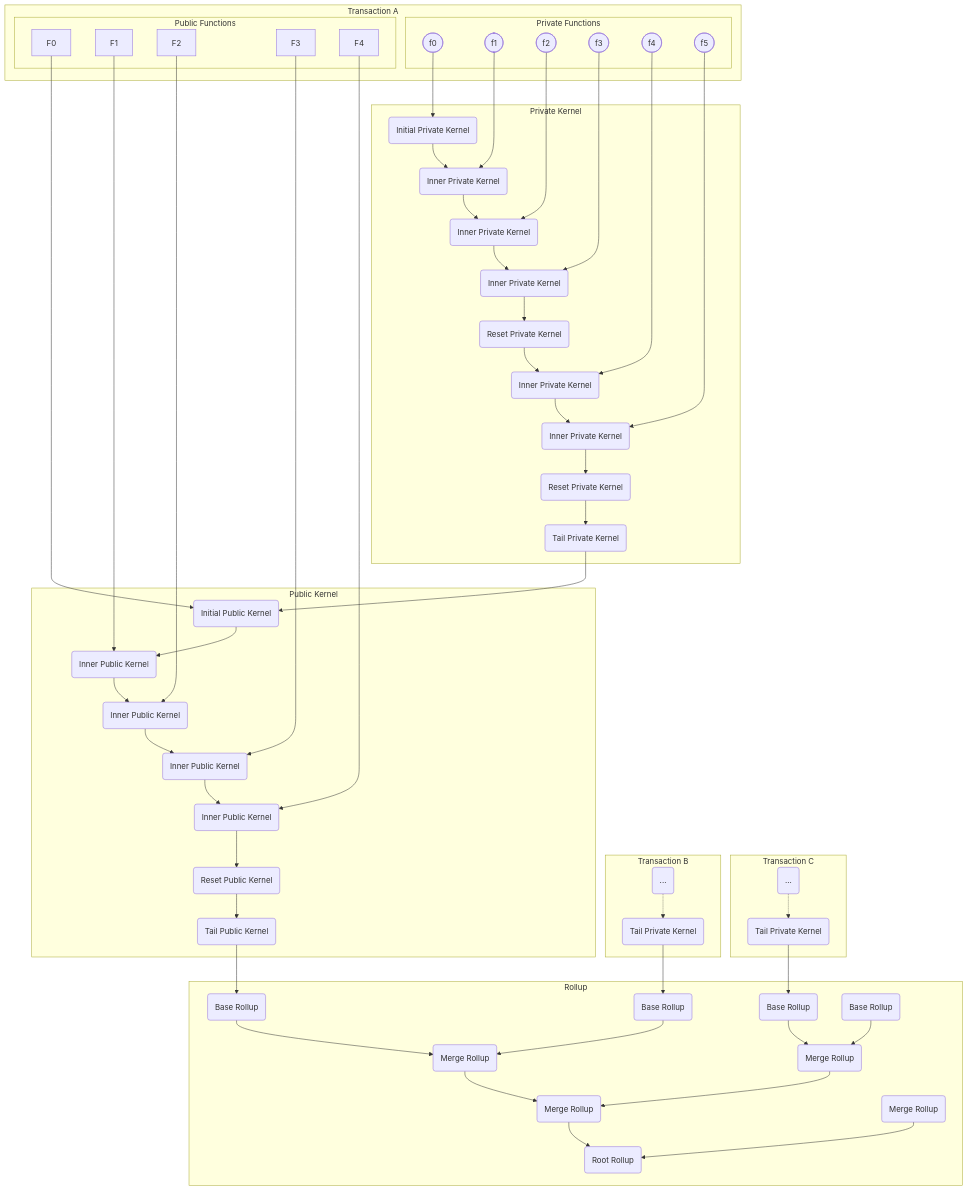
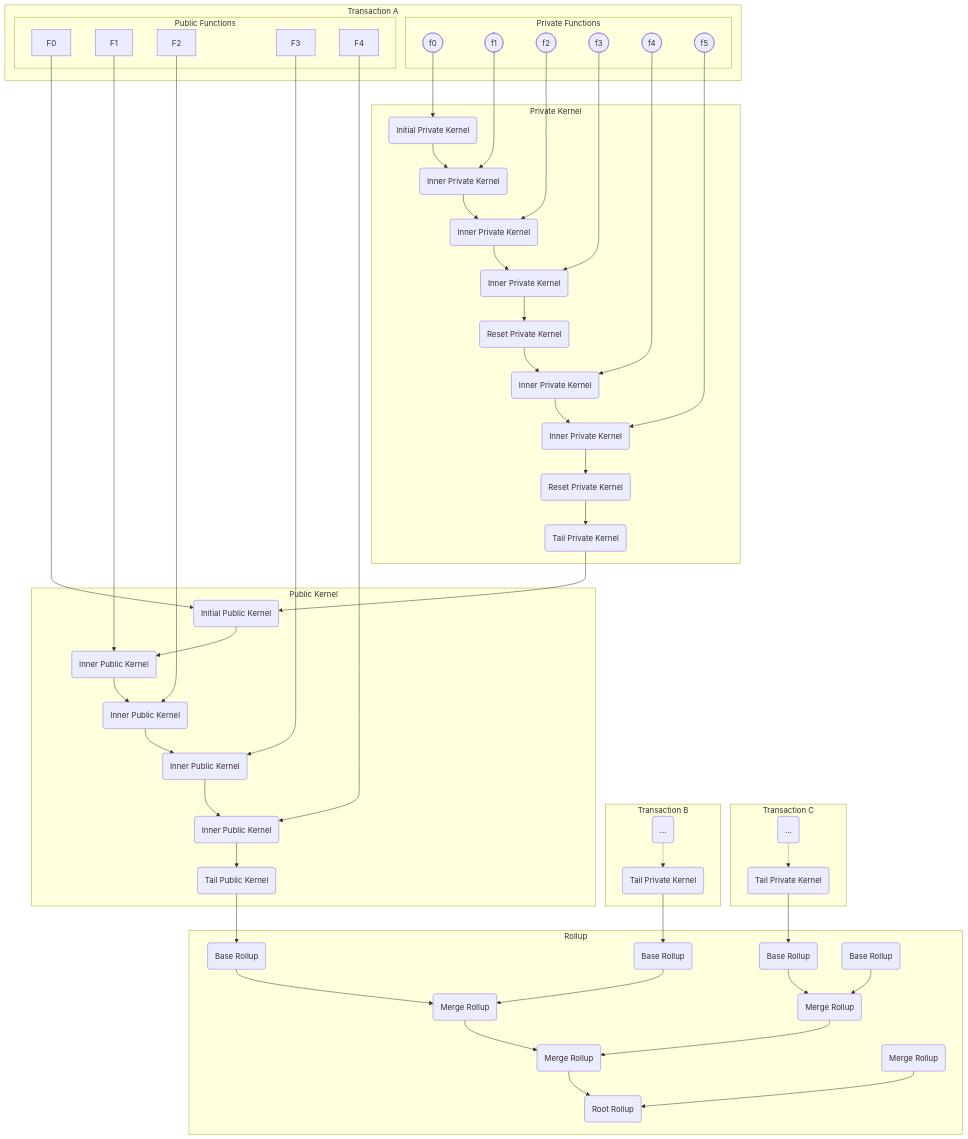
The second of 2 diagrams in yellow-paper/docs/circuits/high-level-topology.md (AztecProtocol/aztec-packages), drawn with Mermaid before and after one commit. The commit also changed other lines of this file, not shown here.

```diff
--- a/yellow-paper/docs/circuits/high-level-topology.md
+++ b/yellow-paper/docs/circuits/high-level-topology.md
@@ -63,14 +63,12 @@
         INNER1(Inner Public Kernel)
         INNER2(Inner Public Kernel)
         INNER3(Inner Public Kernel)
-        RESET0(Reset Public Kernel)
         TAIL0(Tail Public Kernel)
         INIT0 --> INNER0
         INNER0 --> INNER1
         INNER1 --> INNER2
         INNER2 --> INNER3
-        INNER3 --> RESET0
-        RESET0 --> TAIL0
+        INNER3 --> TAIL0
     end
     subgraph Private Kernel
         init0(Initial Private Kernel)
```
